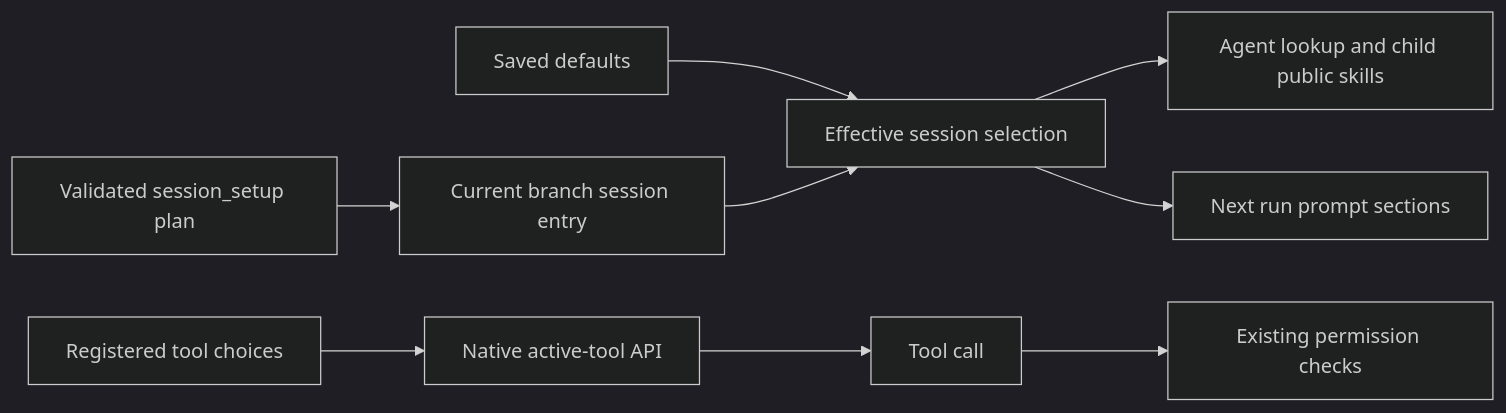
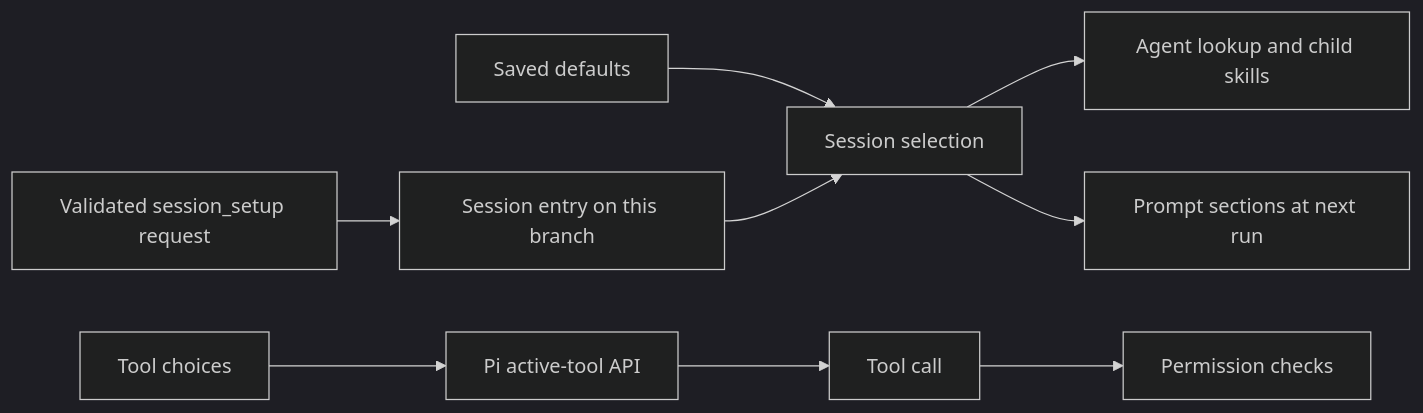
The diagram in docs/reference/tools.md (finngi/pi-packages), drawn with Mermaid (dark theme) before and after one commit. The commit also changed other lines of this file and 35 other files, not shown here.

````diff
--- a/docs/reference/tools.md
+++ b/docs/reference/tools.md
@@ -88,11 +84,11 @@
 ```mermaid
 flowchart LR
-  Saved[Saved defaults] --> Effective[Effective session selection]
-  Plan[Validated session_setup plan] --> History[Current branch session entry]
+  Saved[Saved defaults] --> Effective[Session selection]
+  Plan[Validated session_setup request] --> History[Session entry on this branch]
   History --> Effective
-  Effective --> Lookup[Agent lookup and child public skills]
-  Effective --> Next[Next run prompt sections]
-  Tools[Registered tool choices] --> Native[Native active-tool API]
+  Effective --> Lookup[Agent lookup and child skills]
+  Effective --> Next[Prompt sections at next run]
+  Tools[Tool choices] --> Native[Pi active-tool API]
   Native --> Call[Tool call]
-  Call --> Gate[Existing permission checks]
+  Call --> Gate[Permission checks]
 ```
````
